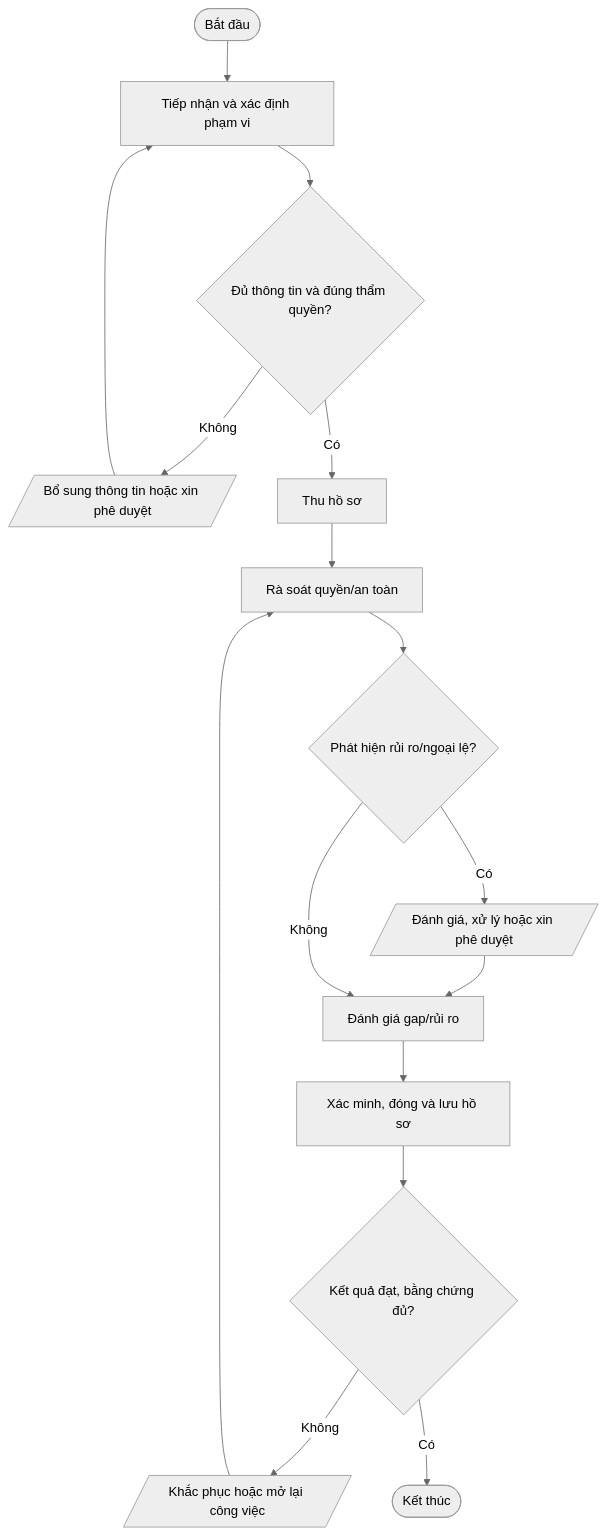
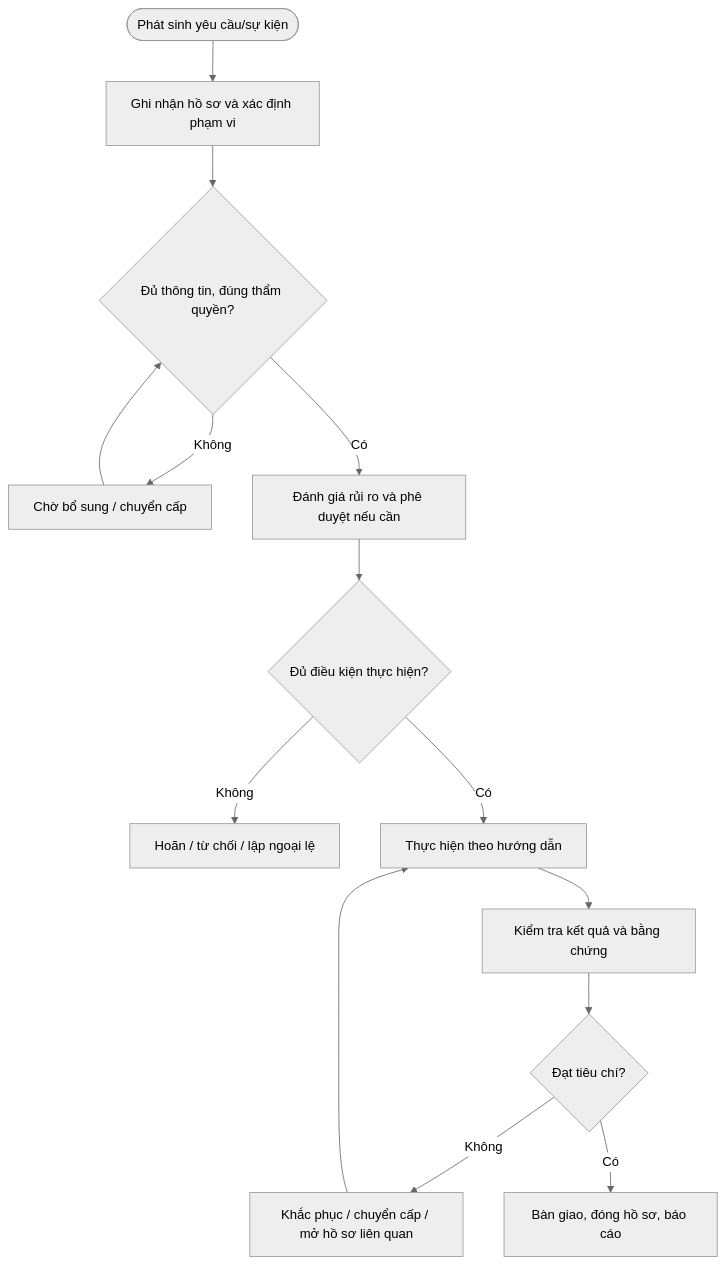
Before and after one commit to daoaigiangnam/Quy_Trinh_Chuan: the diagram in quy-trinh/chi-tiet/QT-IT-12.md, drawn with Mermaid (neutral theme). The commit also changed other lines of this file, not shown here.

````diff
--- a/quy-trinh/chi-tiet/QT-IT-12.md
+++ b/quy-trinh/chi-tiet/QT-IT-12.md
@@ -31,18 +146,16 @@
 ```mermaid
 flowchart TD
-  A([Bắt đầu]) --> S1["Tiếp nhận và xác định phạm vi"]
-  S1 --> D1{"Đủ thông tin và đúng thẩm quyền?"}
-  D1 -- Không --> F1[/"Bổ sung thông tin hoặc xin phê duyệt"/]
-  F1 --> S1
-  D1 -- Có --> S2["Thu hồ sơ"]
-  S2 --> S3["Rà soát quyền/an toàn"]
-  S3 --> D2{"Phát hiện rủi ro/ngoại lệ?"}
-  D2 -- Có --> RISK[/"Đánh giá, xử lý hoặc xin phê duyệt"/]
-  RISK --> S4["Đánh giá gap/rủi ro"]
-  D2 -- Không --> S4
-  S4 --> S5["Xác minh, đóng và lưu hồ sơ"]
-  S5 --> D3{"Kết quả đạt, bằng chứng đủ?"}
-  D3 -- Không --> R[/"Khắc phục hoặc mở lại công việc"/]
-  R --> S3
-  D3 -- Có --> Z([Kết thúc])
+ A([Phát sinh yêu cầu/sự kiện]) --> B[Ghi nhận hồ sơ và xác định phạm vi]
+ B --> C{Đủ thông tin, đúng thẩm quyền?}
+ C -- Không --> D[Chờ bổ sung / chuyển cấp]
+ D --> C
+ C -- Có --> E[Đánh giá rủi ro và phê duyệt nếu cần]
+ E --> F{Đủ điều kiện thực hiện?}
+ F -- Không --> G[Hoãn / từ chối / lập ngoại lệ]
+ F -- Có --> H[Thực hiện theo hướng dẫn]
+ H --> I[Kiểm tra kết quả và bằng chứng]
+ I --> J{Đạt tiêu chí?}
+ J -- Không --> K[Khắc phục / chuyển cấp / mở hồ sơ liên quan]
+ K --> H
+ J -- Có --> L[Bàn giao, đóng hồ sơ, báo cáo]
 ```
````
